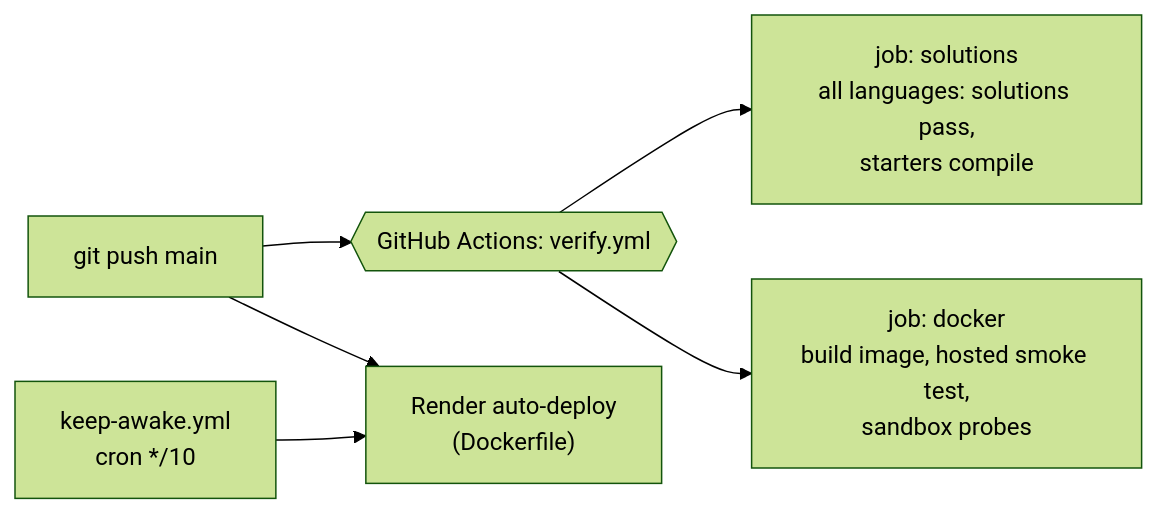
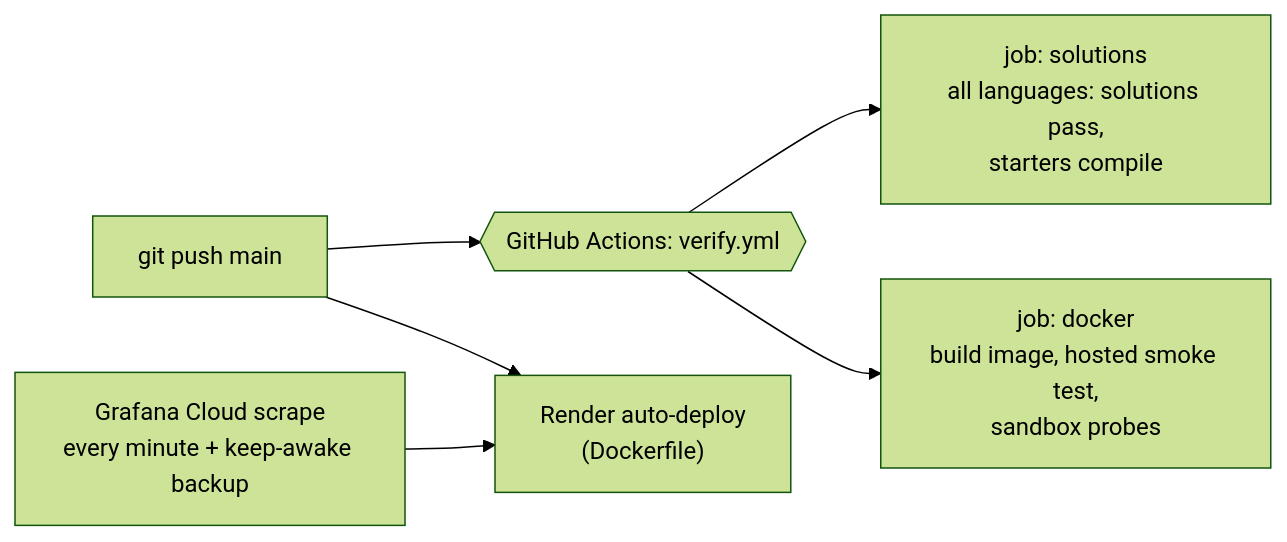
The fourth of 4 diagrams in docs/ARCHITECTURE.md (AdityaMalu/build-lab), drawn with Mermaid (forest theme) before and after one commit. The commit also changed other lines of this file and 3 other files, not shown here.

First line of the commit message:
Docs: the Grafana scrape is what keeps Render awake

````diff
--- a/docs/ARCHITECTURE.md
+++ b/docs/ARCHITECTURE.md
@@ -258,8 +258,8 @@
 ```mermaid
 flowchart LR
     Dev[git push main] --> CI{{"GitHub Actions: verify.yml"}}
     CI --> J1["job: solutions<br/>all languages: solutions pass,<br/>starters compile"]
     CI --> J2["job: docker<br/>build image, hosted smoke test,<br/>sandbox probes"]
     Dev --> R["Render auto-deploy<br/>(Dockerfile)"]
-    K["keep-awake.yml<br/>cron */10"] --> R
+    K["Grafana Cloud scrape<br/>every minute + keep-awake backup"] --> R
 ```
````
